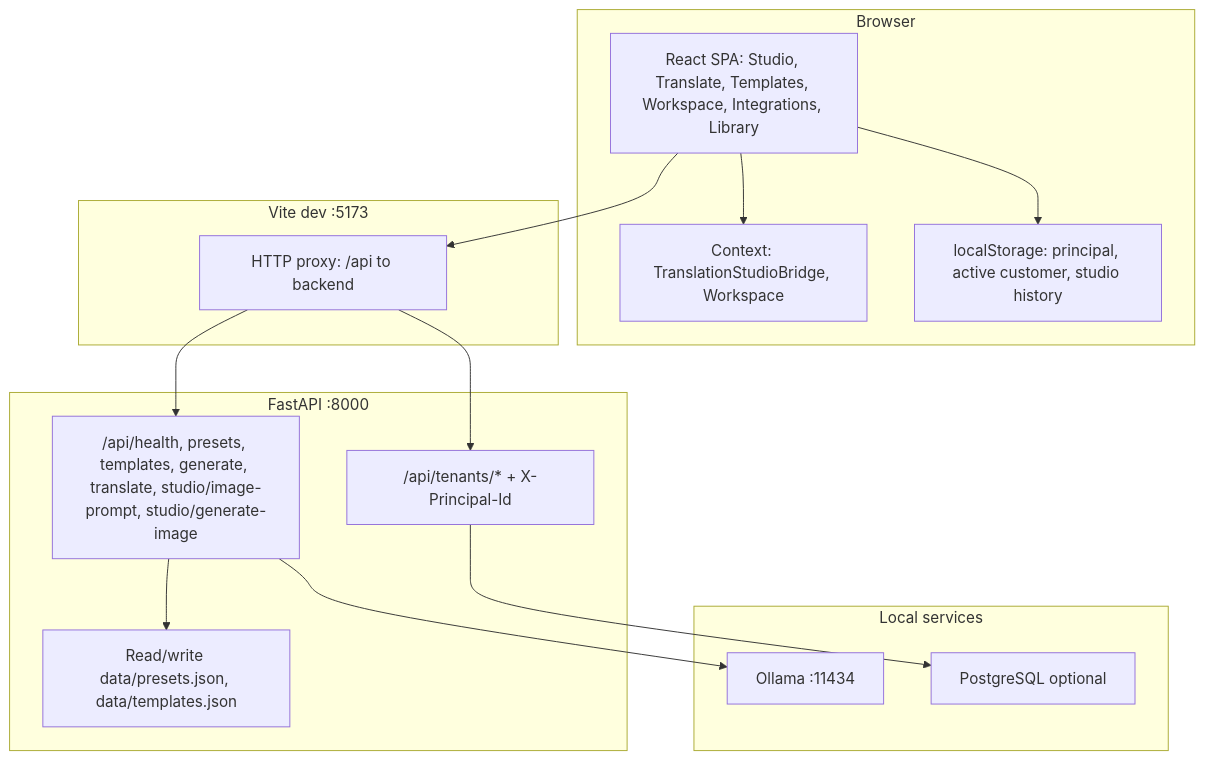
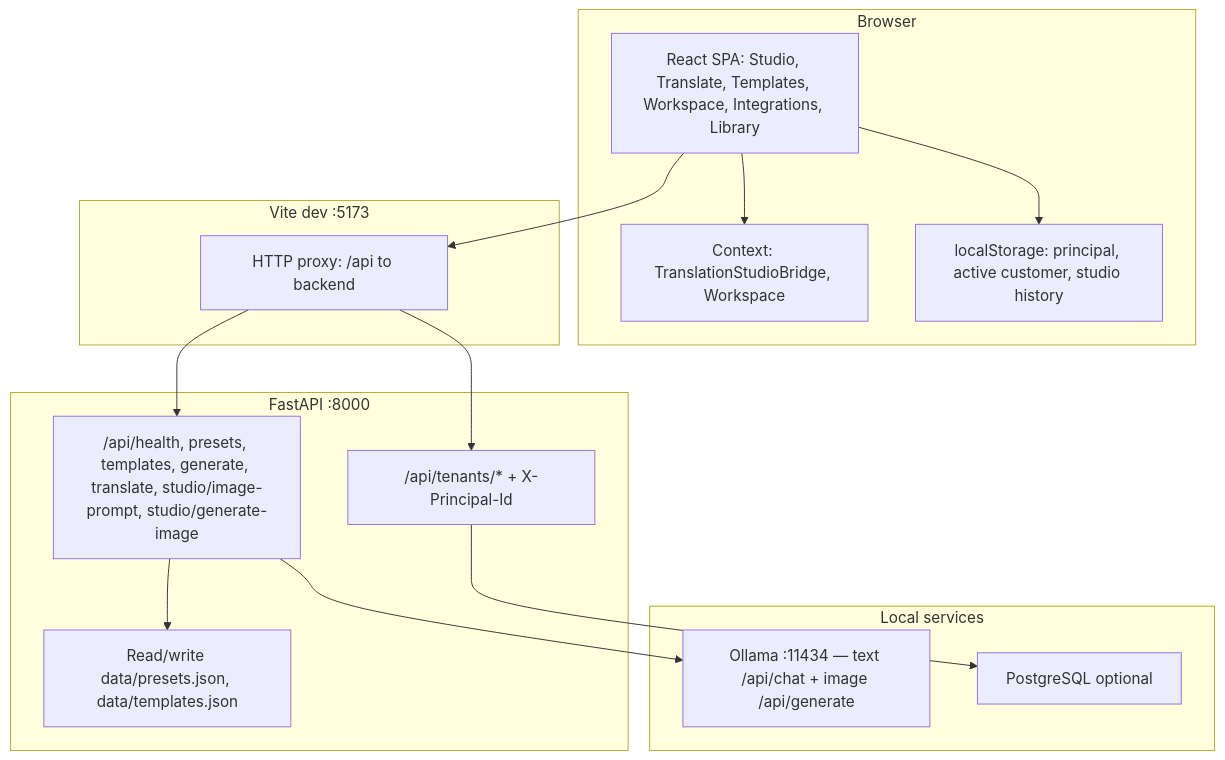
Before and after one commit to brfrugis/Social-platform: the first of 8 diagrams in README.md, drawn with Mermaid. The commit also changed other lines of this file and 5 other files, not shown here.

````diff
--- a/README.md
+++ b/README.md
@@ -24,28 +25,28 @@
 ```mermaid
 flowchart TB
   subgraph browser["Browser"]
     SPA["React SPA: Studio, Translate, Templates, Workspace, Integrations, Library"]
     CTX["Context: TranslationStudioBridge, Workspace"]
     LS["localStorage: principal, active customer, studio history"]
   end
   subgraph vite["Vite dev :5173"]
     PROXY["HTTP proxy: /api to backend"]
   end
   subgraph api["FastAPI :8000"]
     CORE["/api/health, presets, templates, generate, translate, studio/image-prompt, studio/generate-image"]
     TEN["/api/tenants/* + X-Principal-Id"]
     FILES["Read/write data/presets.json, data/templates.json"]
   end
   subgraph external["Local services"]
-    OLL["Ollama :11434"]
+    OLL["Ollama :11434 — text /api/chat + image /api/generate"]
     PG["PostgreSQL optional"]
   end
   SPA --> PROXY
   SPA --> LS
   SPA --> CTX
   PROXY --> CORE
   PROXY --> TEN
   CORE --> OLL
   CORE --> FILES
   TEN --> PG
 ```
````
